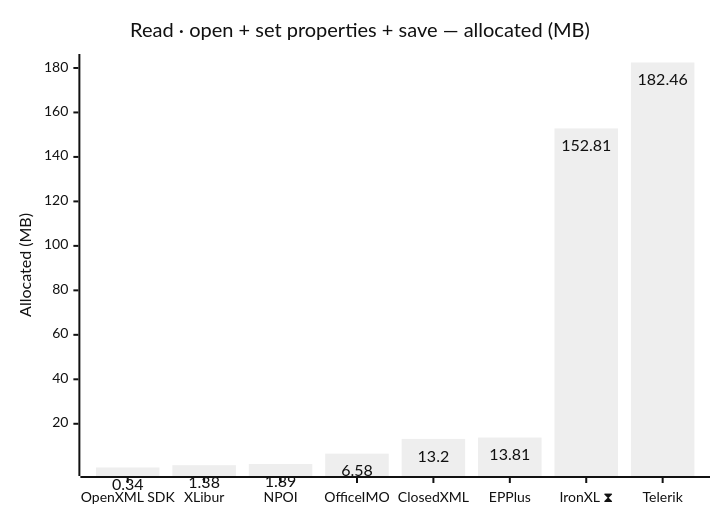
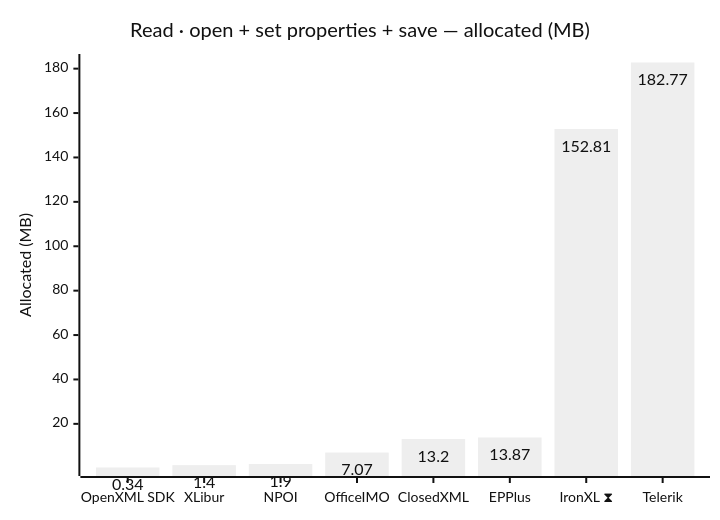
One commit to jafin/XLBench changed the second of 18 diagrams in docs/results.md. Above: the diagram before and after it, drawn with Mermaid (neutral theme). The commit also changed other lines of this file and 2 other files, not shown here.

````diff
--- a/docs/results.md
+++ b/docs/results.md
@@ -55,12 +55,12 @@
 ```mermaid
 ---
 config:
   xyChart:
     showDataLabel: true
 ---
 xychart-beta
     title "Read · open + set properties + save — allocated (MB)"
     x-axis ["OpenXML SDK", "XLibur", "NPOI", "OfficeIMO", "ClosedXML", "EPPlus", "IronXL ⧗", "Telerik"]
     y-axis "Allocated (MB)"
-    bar [0.34, 1.38, 1.89, 6.58, 13.2, 13.81, 152.81, 182.46]
+    bar [0.34, 1.4, 1.9, 7.07, 13.2, 13.87, 152.81, 182.77]
 ```
````
